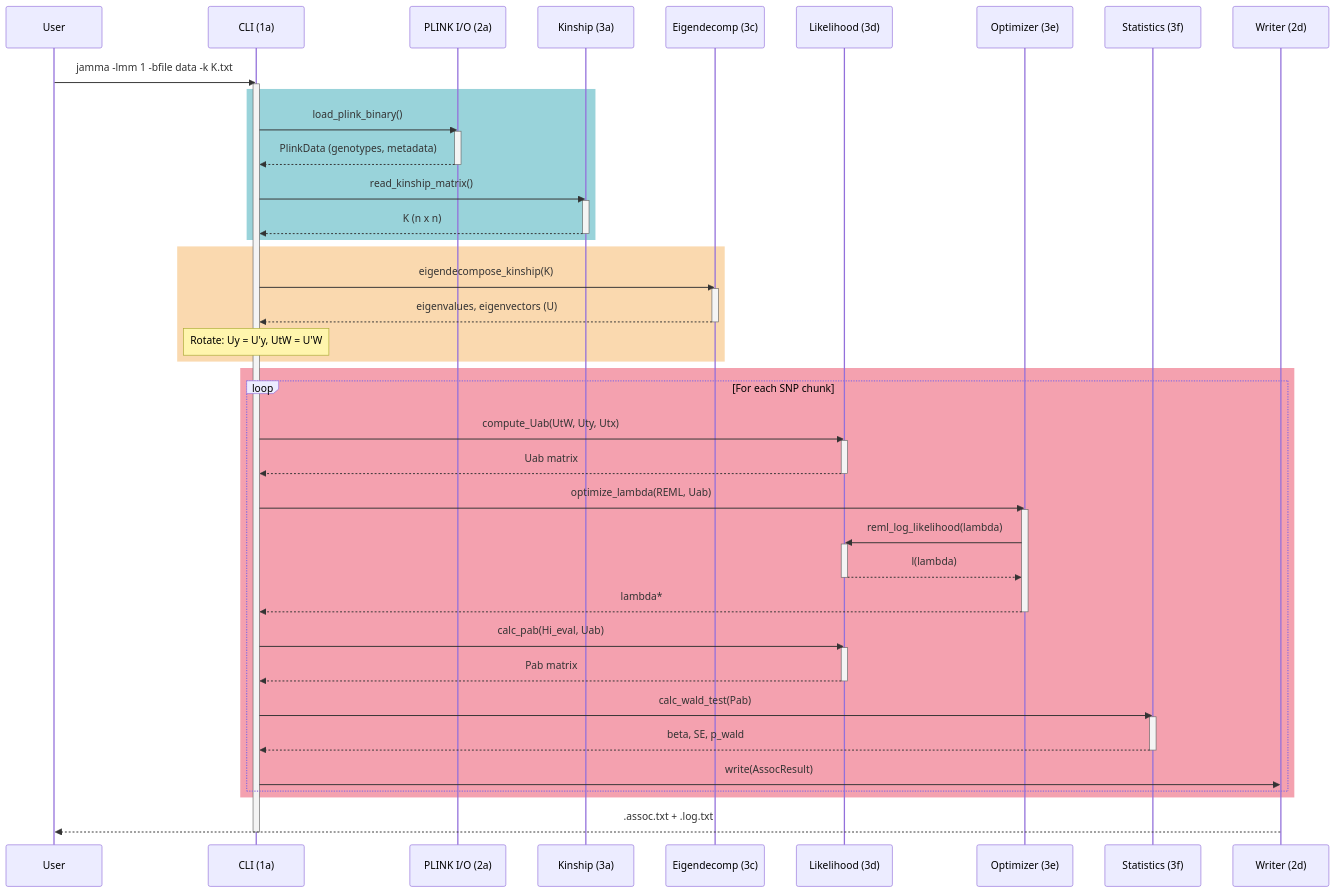
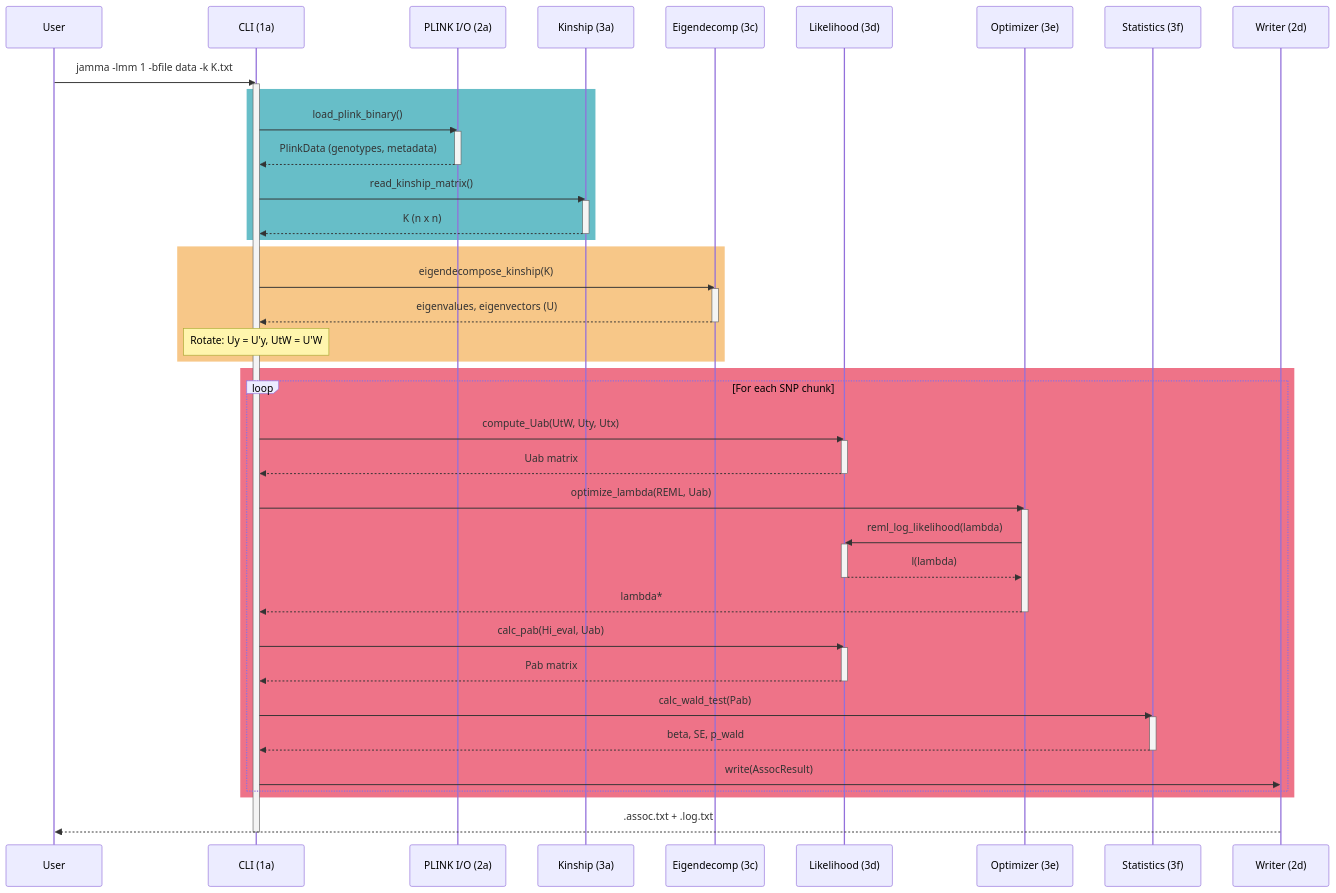
The second of 5 diagrams in docs/CODEMAP.md (michael-denyer/jamma), drawn with Mermaid before and after one commit.

Commit message:
docs: bump sequence diagram rect opacity to 75%

````diff
--- a/docs/CODEMAP.md
+++ b/docs/CODEMAP.md
@@ -321,63 +321,63 @@
 ```mermaid
 sequenceDiagram
     participant U as User
     participant CLI as CLI (1a)
     participant IO as PLINK I/O (2a)
     participant K as Kinship (3a)
     participant E as Eigendecomp (3c)
     participant L as Likelihood (3d)
     participant O as Optimizer (3e)
     participant S as Statistics (3f)
     participant W as Writer (2d)
 
     U->>CLI: jamma -lmm 1 -bfile data -k K.txt
     activate CLI
 
-    rect rgba(53, 168, 182, 0.5)
+    rect rgba(53, 168, 182, 0.75)
         CLI->>IO: load_plink_binary()
         activate IO
         IO-->>CLI: PlinkData (genotypes, metadata)
         deactivate IO
         CLI->>K: read_kinship_matrix()
         activate K
         K-->>CLI: K (n x n)
         deactivate K
     end
 
-    rect rgba(245, 180, 97, 0.5)
+    rect rgba(245, 180, 97, 0.75)
         CLI->>E: eigendecompose_kinship(K)
         activate E
         E-->>CLI: eigenvalues, eigenvectors (U)
         deactivate E
         Note over CLI: Rotate: Uy = U'y, UtW = U'W
     end
 
-    rect rgba(233, 69, 96, 0.5)
+    rect rgba(233, 69, 96, 0.75)
         loop For each SNP chunk
             CLI->>L: compute_Uab(UtW, Uty, Utx)
             activate L
             L-->>CLI: Uab matrix
             deactivate L
             CLI->>O: optimize_lambda(REML, Uab)
             activate O
             O->>L: reml_log_likelihood(lambda)
             activate L
             L-->>O: l(lambda)
             deactivate L
             O-->>CLI: lambda*
             deactivate O
             CLI->>L: calc_pab(Hi_eval, Uab)
             activate L
             L-->>CLI: Pab matrix
             deactivate L
             CLI->>S: calc_wald_test(Pab)
             activate S
             S-->>CLI: beta, SE, p_wald
             deactivate S
             CLI->>W: write(AssocResult)
         end
     end
 
     W-->>U: .assoc.txt + .log.txt
     deactivate CLI
 ```
````
